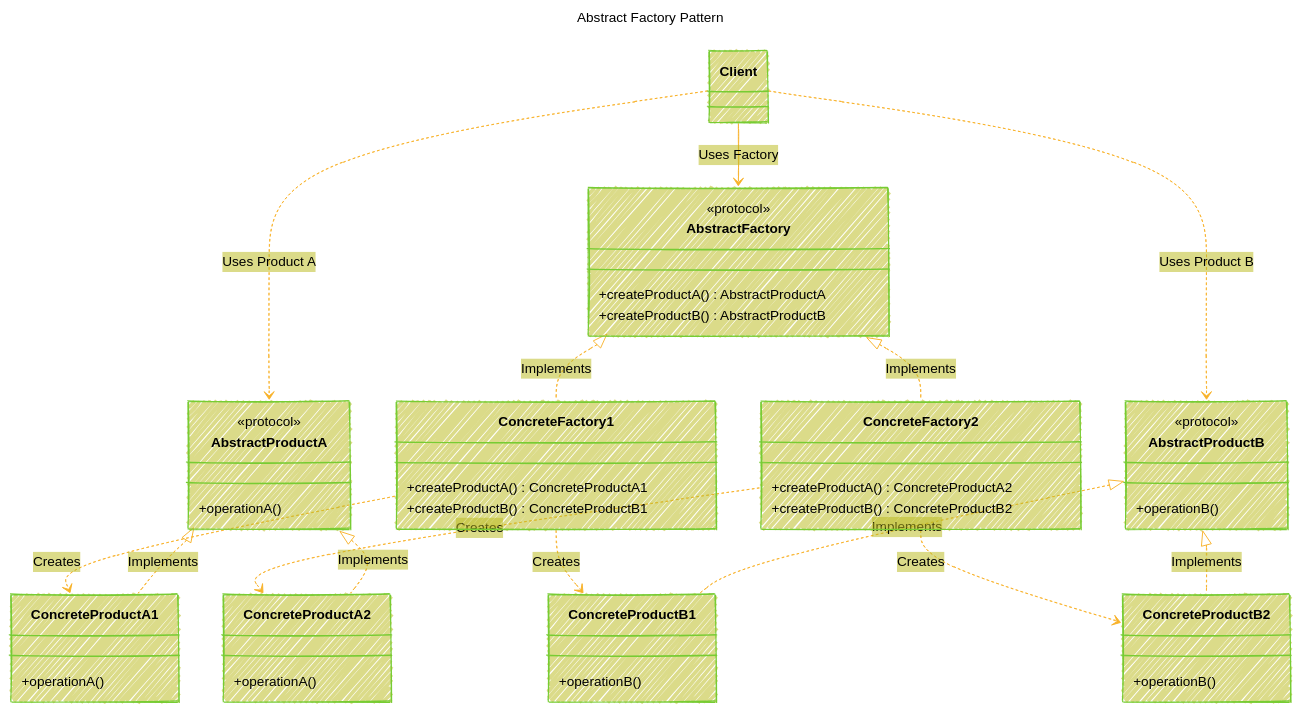
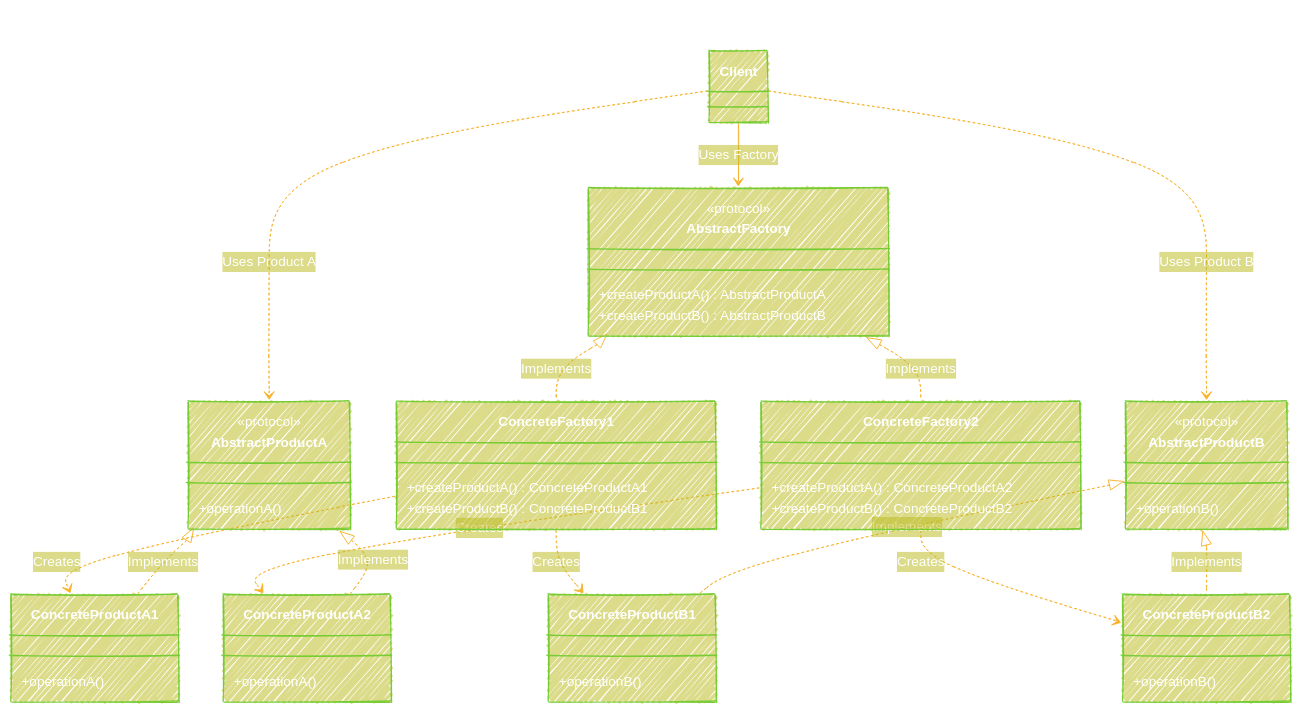
The fourth of 7 diagrams in Design_Patterns/Factory_Pattern/Factory_Pattern_in_iOS_Development.md (CongLeSolutionX/iOS-development-vault), drawn with Mermaid before and after one commit. The commit also changed other lines of this file, not shown here.

Commit message:
update notes

````diff
--- a/Design_Patterns/Factory_Pattern/Factory_Pattern_in_iOS_Development.md
+++ b/Design_Patterns/Factory_Pattern/Factory_Pattern_in_iOS_Development.md
@@ -340,83 +340,83 @@
 ```mermaid
 ---
 title: "Abstract Factory Pattern"
 author: "Cong Le"
 version: "1.0"
 license(s): "MIT, CC BY 4.0"
 copyright: "Copyright (c) 2025 Cong Le. All Rights Reserved."
 config:
   look: handDrawn
   theme: base
 ---
 %%%%%%%% Mermaid version v11.4.1-b.14
 %%{
   init: {
     'classDiagram': { 'htmlLabels': false},
     'fontFamily': 'Monospace',
     'themeVariables': {
       'primaryColor': '#BB28',
-      'primaryTextColor': '#000',
-      'textColor': '#000',
+      'primaryTextColor': '#FFF',
+      'textColor': '#FFF',
       'lineColor': '#F8B229',
       'primaryBorderColor': '#7C3',
       'secondaryColor': '#DD15'
     }
   }
 }%%
 classDiagram
     direction TB
 
     class AbstractFactory {
         <<protocol>>
         +createProductA() AbstractProductA
         +createProductB() AbstractProductB
     }
     class ConcreteFactory1 {
         +createProductA() ConcreteProductA1
         +createProductB() ConcreteProductB1
     }
     class ConcreteFactory2 {
         +createProductA() ConcreteProductA2
         +createProductB() ConcreteProductB2
     }
 
     class AbstractProductA {
         <<protocol>>
         +operationA()
     }
     class ConcreteProductA1 {
         +operationA()
     }
     class ConcreteProductA2 {
         +operationA()
     }
 
     class AbstractProductB {
         <<protocol>>
         +operationB()
     }
     class ConcreteProductB1 {
         +operationB()
     }
     class ConcreteProductB2 {
         +operationB()
     }
 
     AbstractFactory <|.. ConcreteFactory1 : Implements
     AbstractFactory <|.. ConcreteFactory2 : Implements
 
     AbstractProductA <|.. ConcreteProductA1 : Implements
     AbstractProductA <|.. ConcreteProductA2 : Implements
     AbstractProductB <|.. ConcreteProductB1 : Implements
     AbstractProductB <|.. ConcreteProductB2 : Implements
 
     ConcreteFactory1 ..> ConcreteProductA1 : Creates
     ConcreteFactory1 ..> ConcreteProductB1 : Creates
     ConcreteFactory2 ..> ConcreteProductA2 : Creates
     ConcreteFactory2 ..> ConcreteProductB2 : Creates
 
     Client --> AbstractFactory : Uses Factory
     Client ..> AbstractProductA : Uses Product A
     Client ..> AbstractProductB : Uses Product B
     
 ```
````
